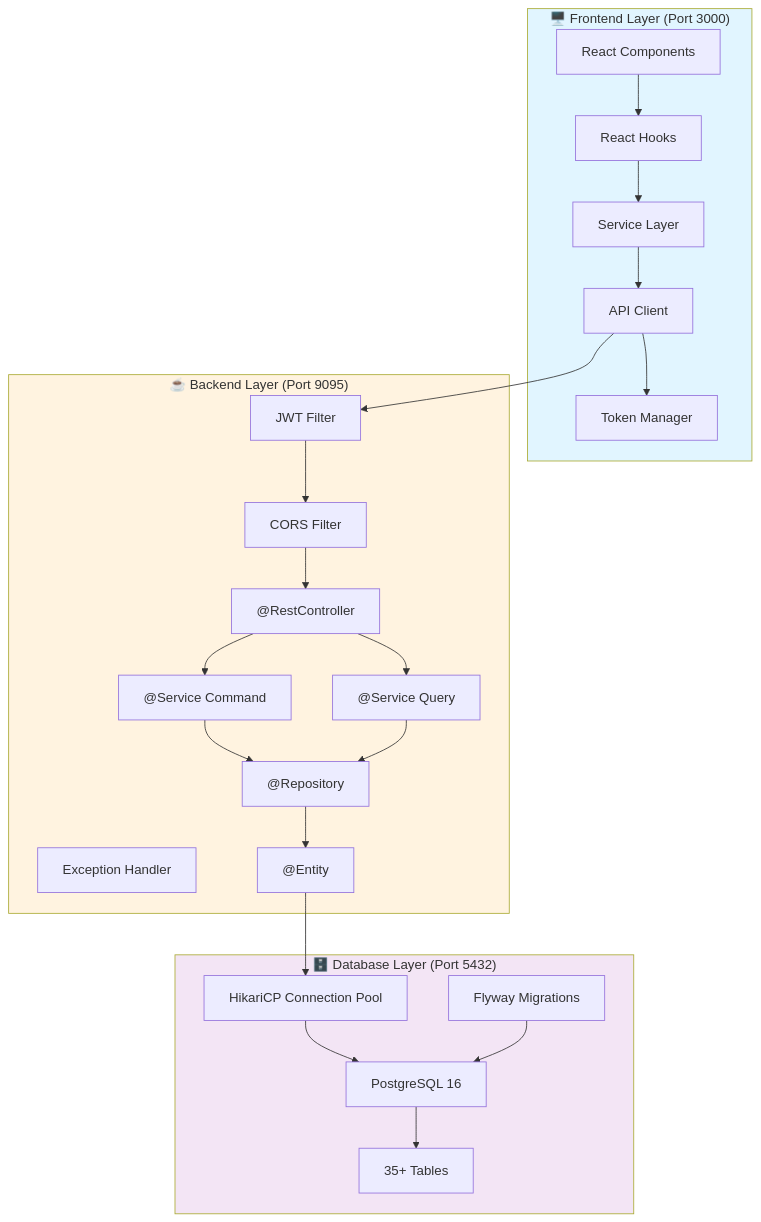
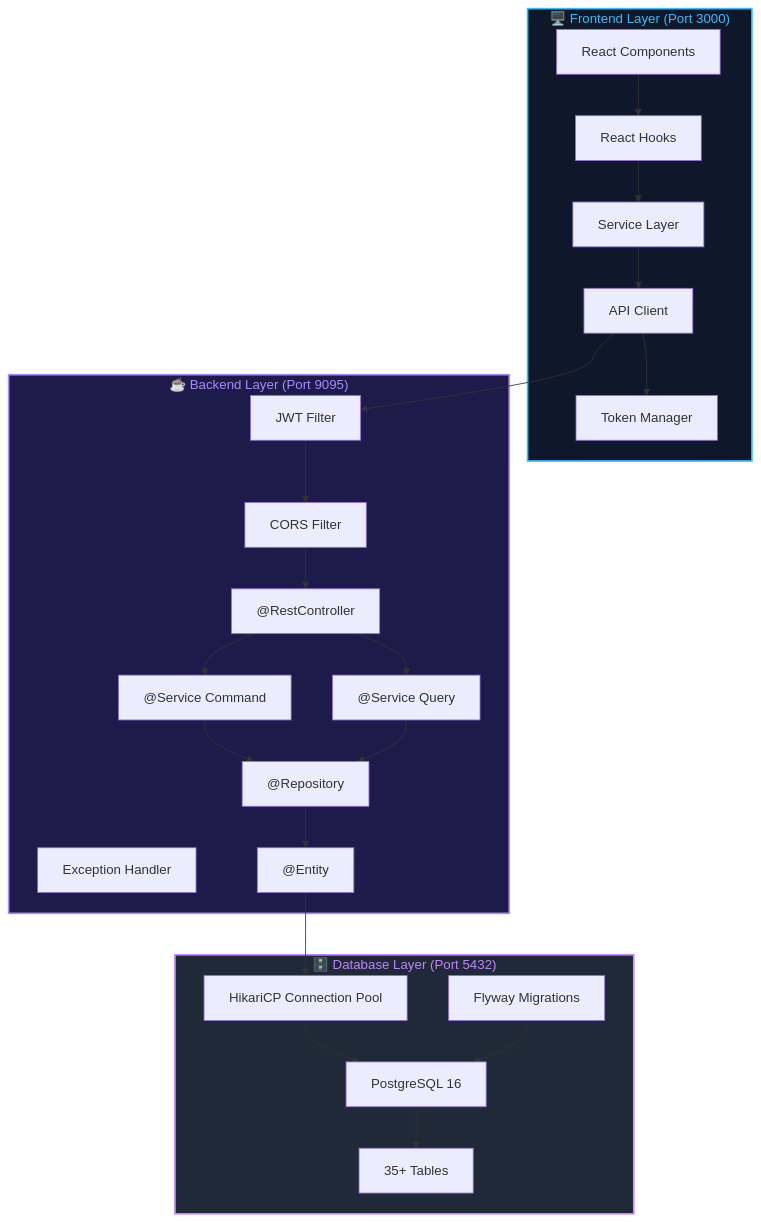
The first of 21 diagrams in DEMO.md (loucasty-cell/UIT-Java-Final-Project), drawn with Mermaid before and after one commit. The commit also changed other lines of this file, not shown here.

Commit message:
Fix: Correct 16 mermaid syntax errors in DEMO.md diagrams

````diff
--- a/DEMO.md
+++ b/DEMO.md
@@ -27,52 +27,52 @@
 ```mermaid
 graph TB
     subgraph Frontend["🖥️ Frontend Layer (Port 3000)"]
-        RC["React Components"]
-        RH["React Hooks"]
-        SVC["Service Layer"]
-        API["API Client"]
-        TM["Token Manager"]
+RC["React Components"]
+RH["React Hooks"]
+SVC["Service Layer"]
+API["API Client"]
+TM["Token Manager"]
         
         RC --> RH
         RH --> SVC
         SVC --> API
         API --> TM
     end
     
     subgraph Backend["☕ Backend Layer (Port 9095)"]
-        CORS["CORS Filter"]
-        JWT["JWT Filter"]
-        EXC["Exception Handler"]
-        CTR["@RestController"]
-        CMD["@Service Command"]
-        QRY["@Service Query"]
-        REP["@Repository"]
-        ENT["@Entity"]
+CORS["CORS Filter"]
+JWT["JWT Filter"]
+EXC["Exception Handler"]
+CTR["@RestController"]
+CMD["@Service Command"]
+QRY["@Service Query"]
+REP["@Repository"]
+ENT["@Entity"]
         
         JWT --> CORS
         CORS --> CTR
         CTR --> CMD
         CTR --> QRY
         CMD --> REP
         QRY --> REP
         REP --> ENT
     end
     
     subgraph Database["🗄️ Database Layer (Port 5432)"]
-        POOL["HikariCP Connection Pool"]
-        FLYWAY["Flyway Migrations"]
-        PG["PostgreSQL 16"]
-        TABLES["35+ Tables"]
+POOL["HikariCP Connection Pool"]
+FLYWAY["Flyway Migrations"]
+PG["PostgreSQL 16"]
+TABLES["35+ Tables"]
         
         POOL --> PG
         FLYWAY --> PG
         PG --> TABLES
     end
     
     API --> JWT
     ENT --> POOL
     
-    style Frontend fill:#e1f5ff
-    style Backend fill:#fff3e0
-    style Database fill:#f3e5f5
+    style Frontend fill:#0f172a,stroke:#38bdf8,stroke-width:2px,color:#38bdf8
+    style Backend fill:#1e1b4b,stroke:#a78bfa,stroke-width:2px,color:#a78bfa
+    style Database fill:#1f2937,stroke:#c084fc,stroke-width:2px,color:#c084fc
 ```
````
